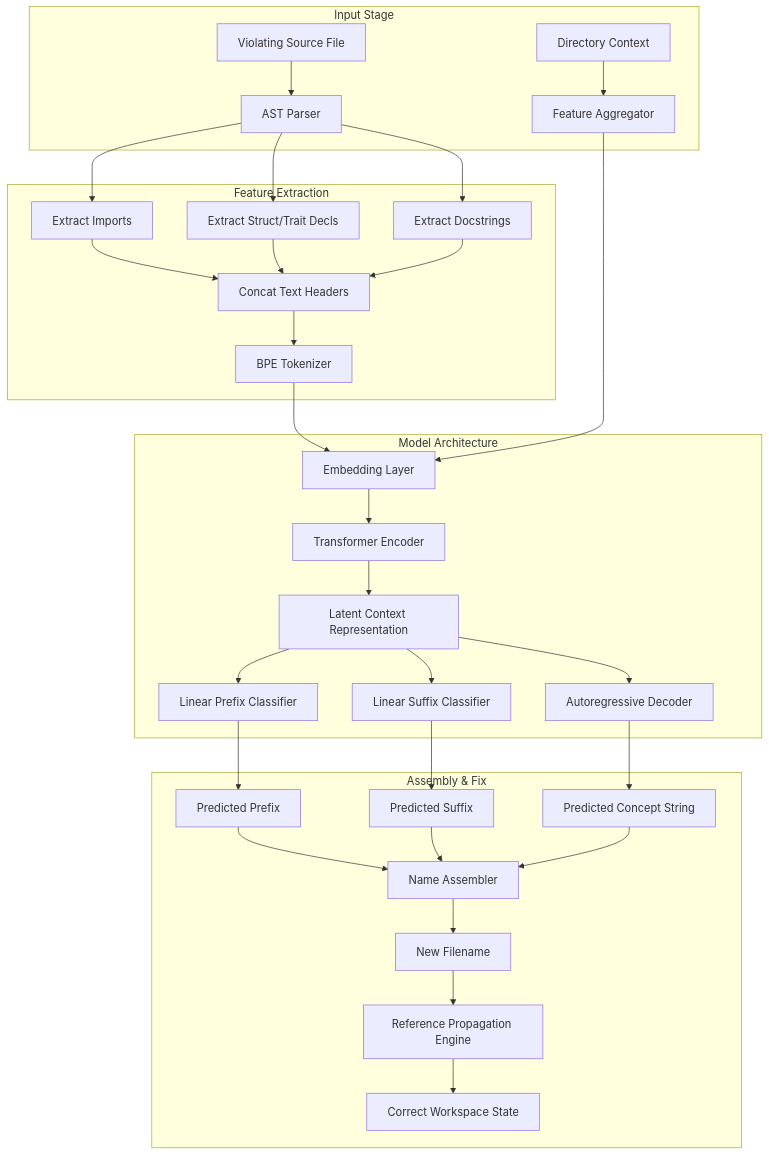
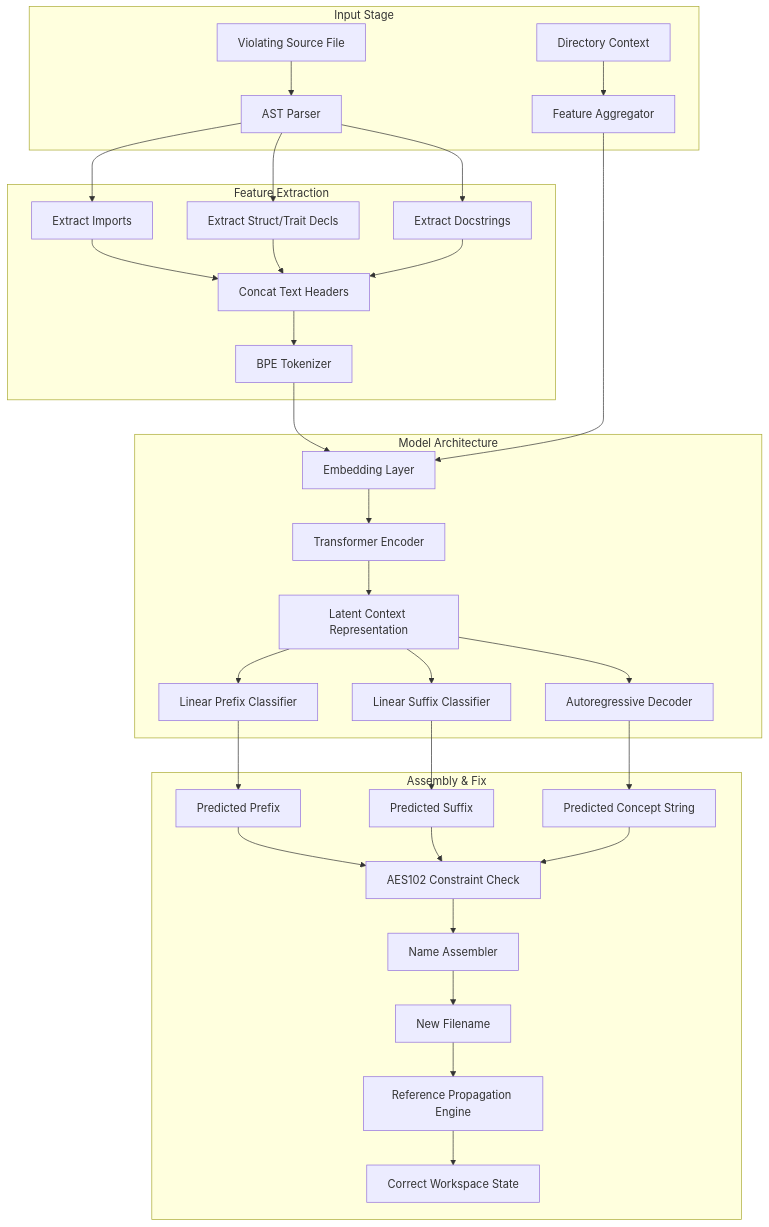
One commit to rakaarwaky/lint-arwaky changed the diagram in .agents/research/ai-autorepair-burn.md. Above: the diagram before and after it, drawn with Mermaid. The commit also changed other lines of this file and 13 other files, not shown here.

````diff
--- a/.agents/research/ai-autorepair-burn.md
+++ b/.agents/research/ai-autorepair-burn.md
@@ -84,37 +187,38 @@
 ```mermaid
 graph TD
     subgraph Input Stage
         SourceFile[Violating Source File] --> AST[AST Parser]
         Dir[Directory Context] --> FeatureVec[Feature Aggregator]
     end
 
     subgraph Feature Extraction
         AST --> Imps[Extract Imports]
         AST --> Decl[Extract Struct/Trait Decls]
         AST --> Docs[Extract Docstrings]
         Imps & Decl & Docs --> Concat[Concat Text Headers]
         Concat --> Tokenizer[BPE Tokenizer]
     end
 
     subgraph Model Architecture
         Tokenizer --> Embed[Embedding Layer]
         FeatureVec --> Embed
         Embed --> Encoder[Transformer Encoder]
         Encoder --> Shared[Latent Context Representation]
 
         Shared --> PrefHead[Linear Prefix Classifier]
         Shared --> SuffHead[Linear Suffix Classifier]
         Shared --> ConceptHead[Autoregressive Decoder]
     end
 
     subgraph Assembly & Fix
         PrefHead --> PrefVal[Predicted Prefix]
         SuffHead --> SuffVal[Predicted Suffix]
         ConceptHead --> ConceptVal[Predicted Concept String]
 
-        PrefVal & SuffVal & ConceptVal --> Assembler[Name Assembler]
+        PrefVal & SuffVal & ConceptVal --> Validator[AES102 Constraint Check]
+        Validator --> Assembler[Name Assembler]
         Assembler --> NewName[New Filename]
         NewName --> Refactor[Reference Propagation Engine]
         Refactor --> Output[Correct Workspace State]
     end
 ```
````
